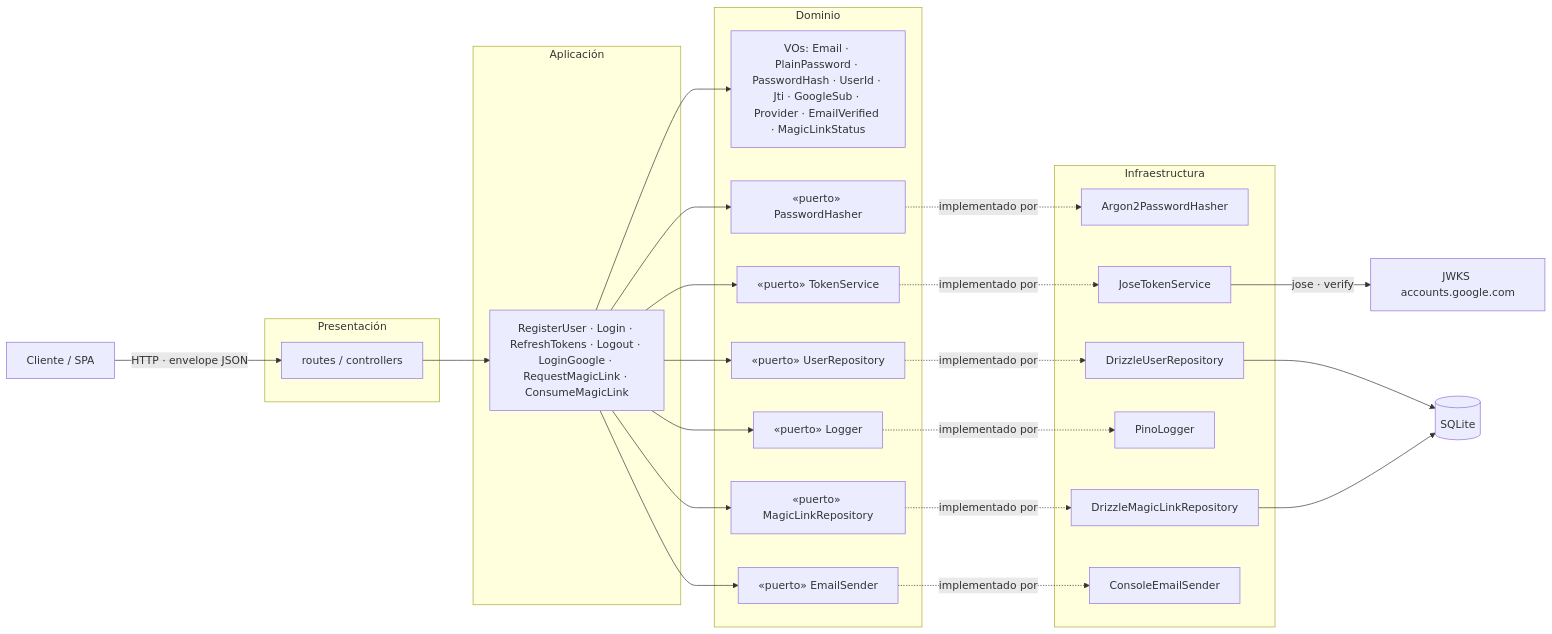
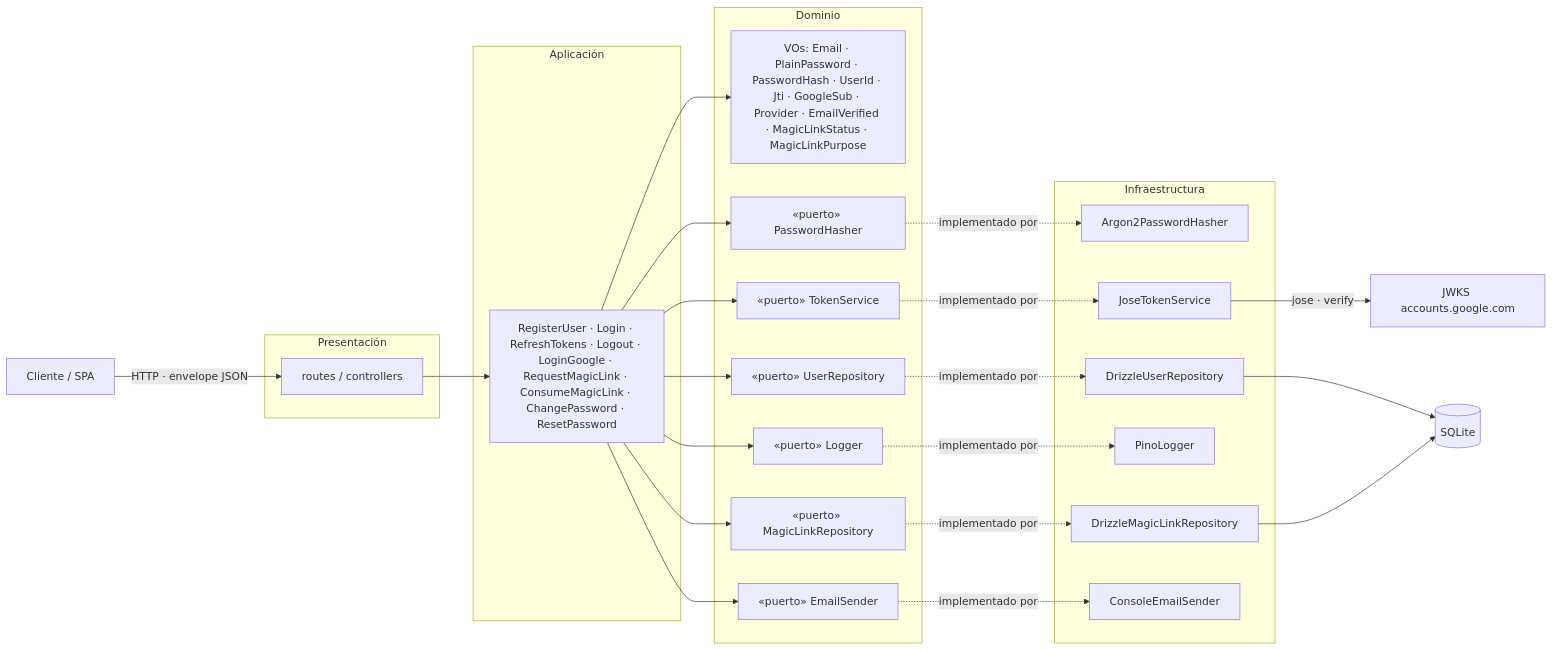
The eighth of 8 diagrams in docs/02-flujos-registro-autenticacion.md (dpa70-dev/auth-api), drawn with Mermaid before and after one commit. The commit also changed other lines of this file and 37 other files, not shown here.

First line of the commit message:
feat(auth): cambio y recuperación de contraseña vía magic link (US-11/12)

````diff
--- a/docs/02-flujos-registro-autenticacion.md
+++ b/docs/02-flujos-registro-autenticacion.md
@@ -340,54 +391,54 @@
 ```mermaid
 flowchart LR
     C[Cliente / SPA] -->|HTTP · envelope JSON| P
 
     subgraph PRES[Presentación]
         P[routes / controllers]
     end
 
     subgraph APP[Aplicación]
-        A[RegisterUser · Login · RefreshTokens · Logout · LoginGoogle · RequestMagicLink · ConsumeMagicLink]
+        A[RegisterUser · Login · RefreshTokens · Logout · LoginGoogle · RequestMagicLink · ConsumeMagicLink · ChangePassword · ResetPassword]
     end
 
     subgraph DOM[Dominio]
-        V[VOs: Email · PlainPassword · PasswordHash · UserId · Jti · GoogleSub · Provider · EmailVerified · MagicLinkStatus]
+        V[VOs: Email · PlainPassword · PasswordHash · UserId · Jti · GoogleSub · Provider · EmailVerified · MagicLinkStatus · MagicLinkPurpose]
         VA[«puerto» PasswordHasher]
         VB[«puerto» TokenService]
         VC[«puerto» UserRepository]
         VD[«puerto» Logger]
         VE[«puerto» MagicLinkRepository]
         VF[«puerto» EmailSender]
     end
 
     subgraph INF[Infraestructura]
         IA[Argon2PasswordHasher]
         IB[JoseTokenService]
         IC[DrizzleUserRepository]
         ID[PinoLogger]
         IE[DrizzleMagicLinkRepository]
         IF[ConsoleEmailSender]
     end
 
     DB[(SQLite)]
     JWKS[JWKS accounts.google.com]
 
     P --> A
     A --> V
     A --> VA
     A --> VB
     A --> VC
     A --> VD
     A --> VE
     A --> VF
 
     VA -.implementado por.-> IA
     VB -.implementado por.-> IB
     VC -.implementado por.-> IC
     VD -.implementado por.-> ID
     VE -.implementado por.-> IE
     VF -.implementado por.-> IF
 
     IC --> DB
     IE --> DB
     IB -->|jose · verify| JWKS
 ```
````
